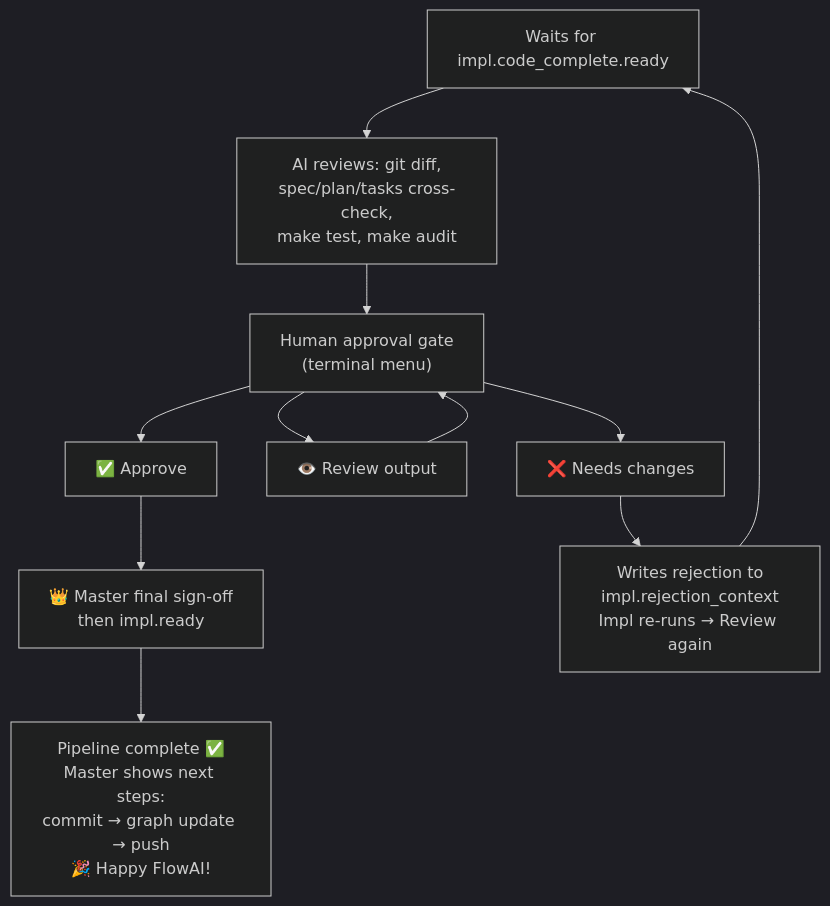
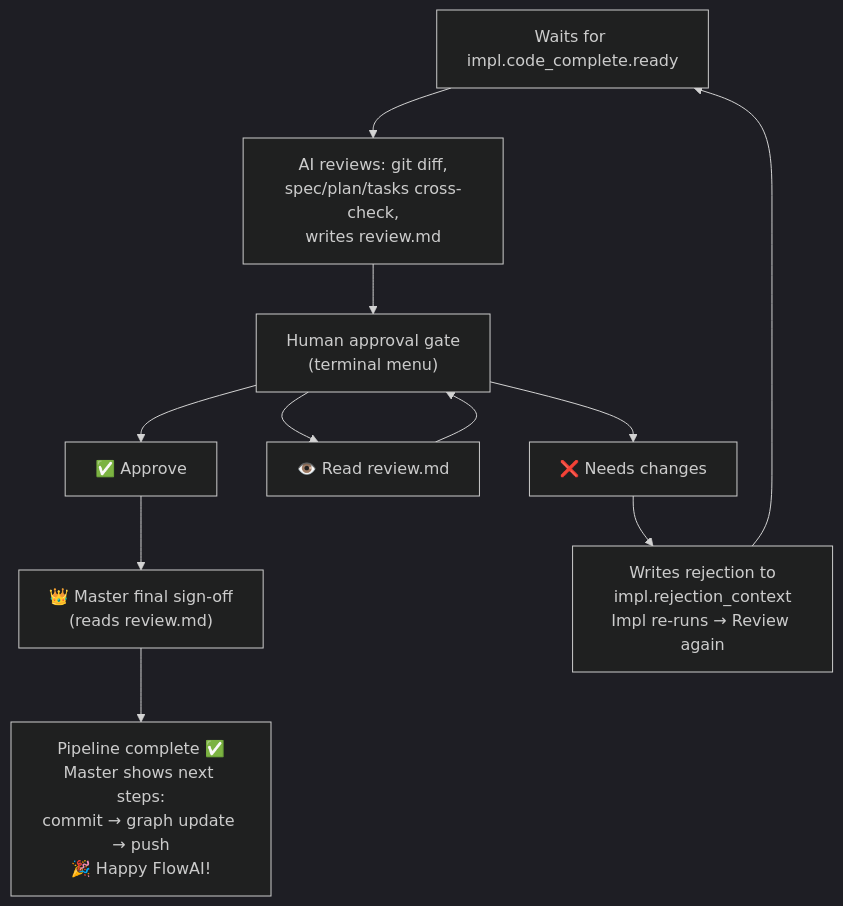
Before and after one commit to weprodev/FlowAI: the sixth of 7 diagrams in docs/AGENT-COMMUNICATION.md, drawn with Mermaid (dark theme). The commit also changed other lines of this file and 96 other files, not shown here.

````diff
--- a/docs/AGENT-COMMUNICATION.md
+++ b/docs/AGENT-COMMUNICATION.md
@@ -317,20 +421,20 @@
 ```mermaid
 flowchart TD
     Wait["Waits for impl.code_complete.ready"]
-    AI["AI reviews: git diff,<br/>spec/plan/tasks cross-check,<br/>make test, make audit"]
+    AI["AI reviews: git diff,<br/>spec/plan/tasks cross-check,<br/>writes review.md"]
     Gate["Human approval gate<br/>(terminal menu)"]
 
     Approve["✅ Approve"]
-    Review["👁️ Review output"]
+    Review["👁️ Read review.md"]
     Reject["❌ Needs changes"]
 
-    MasterFinal["👑 Master final sign-off<br/>then impl.ready"]
+    MasterFinal["👑 Master final sign-off<br/>(reads review.md)"]
     Complete["Pipeline complete ✅<br/>Master shows next steps:<br/>commit → graph update → push<br/>🎉 Happy FlowAI!"]
     Cycle["Writes rejection to<br/>impl.rejection_context<br/>Impl re-runs → Review again"]
 
     Wait --> AI --> Gate
     Gate --> Approve --> MasterFinal
     MasterFinal --> Complete
     Gate --> Review --> Gate
     Gate --> Reject --> Cycle --> Wait
 ```
````
